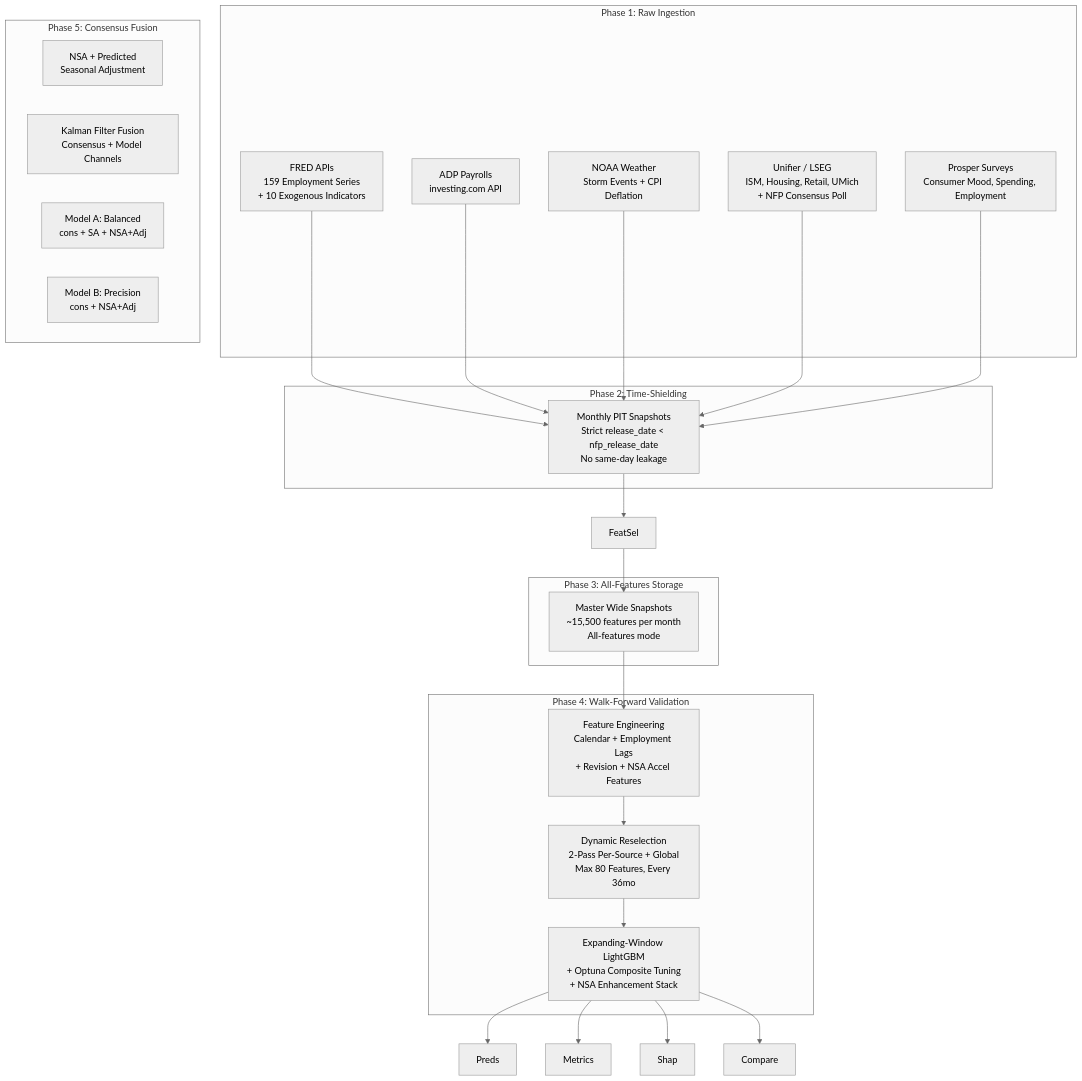
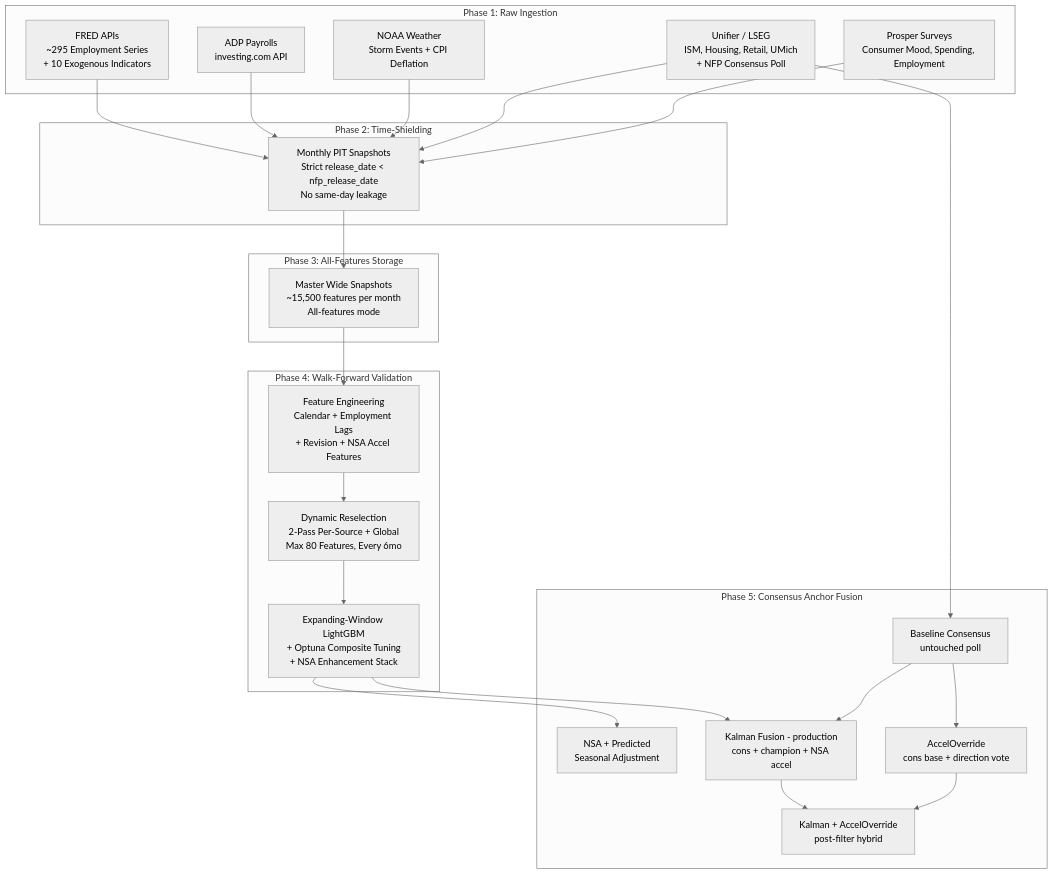
Before and after one commit to dhruvk1432/NFP_Predictor: the diagram in README.md, drawn with Mermaid (neutral theme). The commit also changed other lines of this file and 16 other files, not shown here.

````diff
--- a/README.md
+++ b/README.md
@@ -81,47 +85,50 @@
 ```mermaid
 flowchart TD
     subgraph "Phase 1: Raw Ingestion"
-        FRED[FRED APIs<br/>159 Employment Series<br/>+ 10 Exogenous Indicators]
+        FRED[FRED APIs<br/>~295 Employment Series<br/>+ 10 Exogenous Indicators]
         ADP[ADP Payrolls<br/>investing.com API]
         NOAA[NOAA Weather<br/>Storm Events + CPI Deflation]
         Unifier[Unifier / LSEG<br/>ISM, Housing, Retail, UMich<br/>+ NFP Consensus Poll]
         Prosper[Prosper Surveys<br/>Consumer Mood, Spending, Employment]
     end
 
     subgraph "Phase 2: Time-Shielding"
         Snap[Monthly PIT Snapshots<br/>Strict release_date < nfp_release_date<br/>No same-day leakage]
     end
 
     subgraph "Phase 3: All-Features Storage"
         Master[Master Wide Snapshots<br/>~15,500 features per month<br/>All-features mode]
     end
 
     subgraph "Phase 4: Walk-Forward Validation"
         Pool[Feature Engineering<br/>Calendar + Employment Lags<br/>+ Revision + NSA Accel Features]
-        DynFS[Dynamic Reselection<br/>2-Pass Per-Source + Global<br/>Max 80 Features, Every 36mo]
+        DynFS[Dynamic Reselection<br/>2-Pass Per-Source + Global<br/>Max 80 Features, Every 6mo]
         Train[Expanding-Window LightGBM<br/>+ Optuna Composite Tuning<br/>+ NSA Enhancement Stack]
     end
 
-    subgraph "Phase 5: Consensus Fusion"
+    subgraph "Phase 5: Consensus Anchor Fusion"
         Adj[NSA + Predicted<br/>Seasonal Adjustment]
-        Kalman[Kalman Filter Fusion<br/>Consensus + Model Channels]
-        ModelA[Model A: Balanced<br/>cons + SA + NSA+Adj]
-        ModelB[Model B: Precision<br/>cons + NSA+Adj]
+        Kalman[Kalman Fusion - production<br/>cons + champion + NSA accel]
+        AccelOv[AccelOverride<br/>cons base + direction vote]
+        Hybrid[Kalman + AccelOverride<br/>post-filter hybrid]
+        Cons[Baseline Consensus<br/>untouched poll]
     end
 
     FRED --> Snap
     ADP --> Snap
     NOAA --> Snap
     Unifier --> Snap
     Prosper --> Snap
 
-    Snap --> FeatSel
-    FeatSel --> Master
+    Snap --> Master
     Master --> Pool
     Pool --> DynFS
     DynFS --> Train
-    Train --> Preds
-    Train --> Metrics
-    Train --> Shap
-    Train --> Compare
+    Train --> Adj
+    Train --> Kalman
+    Unifier --> Cons
+    Cons --> Kalman
+    Cons --> AccelOv
+    Kalman --> Hybrid
+    AccelOv --> Hybrid
 ```
````
